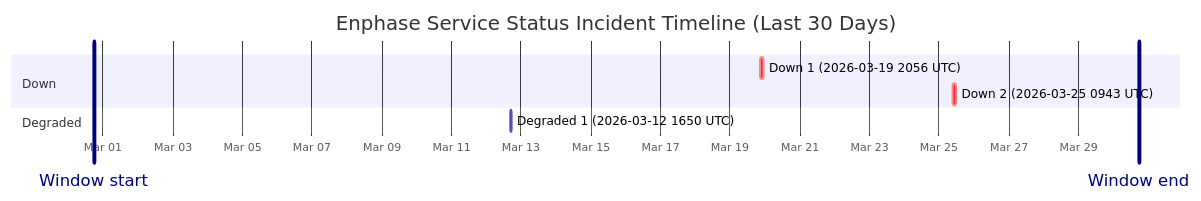
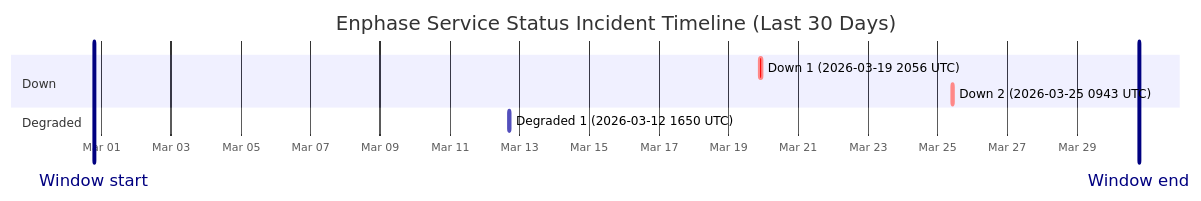
The diagram in wiki/Service-Status-History.md (barneyonline/ha-enphase-ev-charger), drawn with Mermaid before and after one commit. The commit also changed other lines of this file and 3 other files, not shown here.

````diff
--- a/wiki/Service-Status-History.md
+++ b/wiki/Service-Status-History.md
@@ -14,13 +14,13 @@
 ```mermaid
 gantt
     title Enphase Service Status Incident Timeline (Last 30 Days)
     dateFormat  YYYY-MM-DDTHH:mm:ss
     axisFormat  %b %d
-    Window start :vert, window-start, 2026-02-28T17:43:41, 0ms
-    Window end :vert, window-end, 2026-03-30T17:43:41, 0ms
+    Window start :vert, window-start, 2026-02-28T18:46:41, 0ms
+    Window end :vert, window-end, 2026-03-30T18:46:41, 0ms
     section Down
     Down 1 (2026-03-19 2056 UTC) :crit, down-1, 2026-03-19T20:56:20, 145m
     Down 2 (2026-03-25 0943 UTC) :crit, down-2, 2026-03-25T09:43:28, 111m
     section Degraded
     Degraded 1 (2026-03-12 1650 UTC) :active, degraded-1, 2026-03-12T16:50:43, 60m
 ```
````
